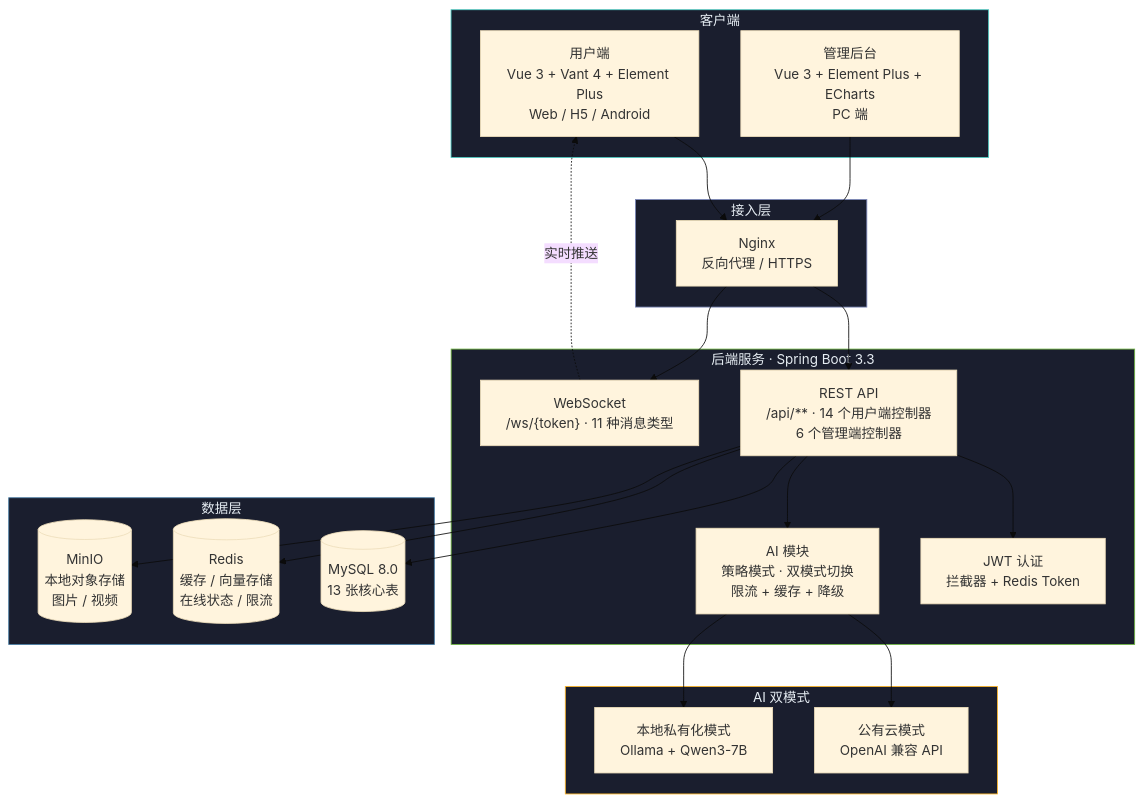
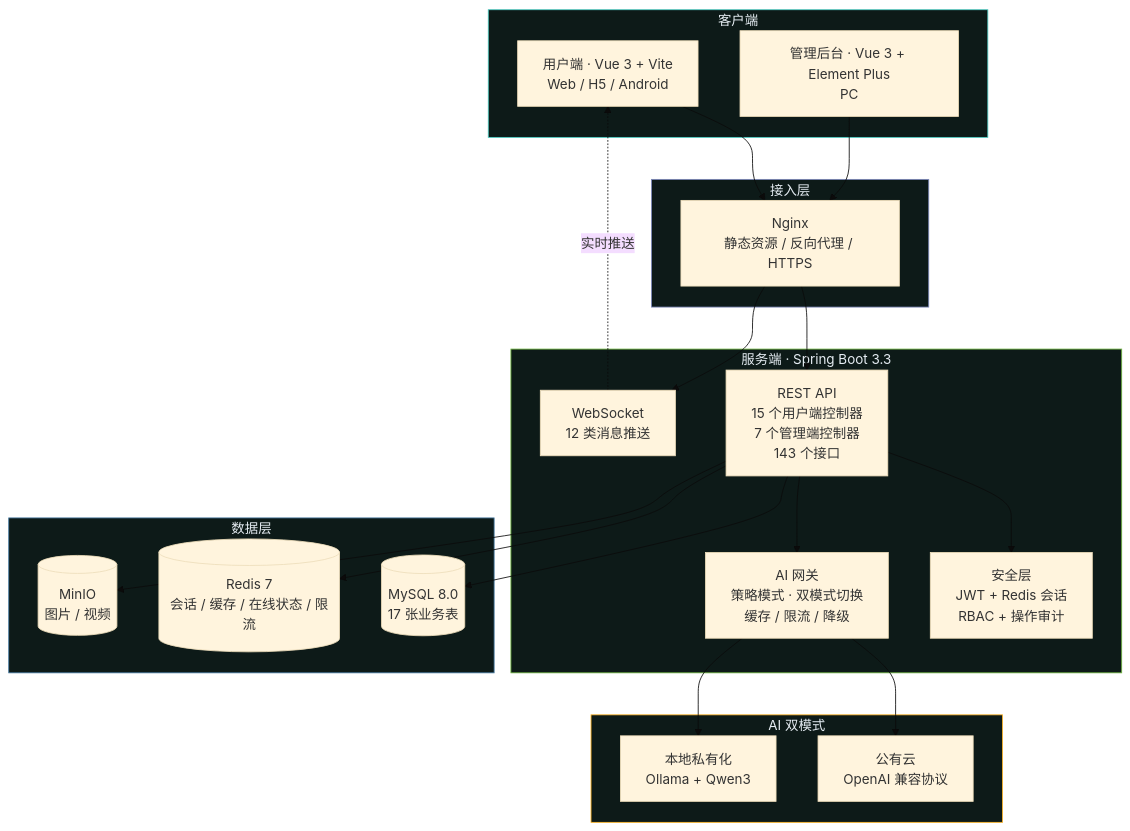
Before and after one commit to JohnvenTom/Minthive: the diagram in README.md, drawn with Mermaid (base theme). The commit also changed other lines of this file and 24 other files, not shown here.

First line of the commit message:
chore: 品牌重命名为 MintHive，重写 README 并补充真实运行截图 (#123)

````diff
--- a/README.md
+++ b/README.md
@@ -112,48 +342,48 @@
 ```mermaid
 flowchart TB
     subgraph CLIENT["客户端"]
-        USER["用户端<br/>Vue 3 + Vant 4 + Element Plus<br/>Web / H5 / Android"]
-        ADMIN["管理后台<br/>Vue 3 + Element Plus + ECharts<br/>PC 端"]
+        USER["用户端 · Vue 3 + Vite<br/>Web / H5 / Android"]
+        ADMIN["管理后台 · Vue 3 + Element Plus<br/>PC"]
     end
 
     subgraph GATEWAY["接入层"]
-        NGINX["Nginx<br/>反向代理 / HTTPS"]
+        NGINX["Nginx<br/>静态资源 / 反向代理 / HTTPS"]
     end
 
-    subgraph BACKEND["后端服务 · Spring Boot 3.3"]
-        API["REST API<br/>/api/** · 14 个用户端控制器<br/>6 个管理端控制器"]
-        WS["WebSocket<br/>/ws/{token} · 11 种消息类型"]
-        AI["AI 模块<br/>策略模式 · 双模式切换<br/>限流 + 缓存 + 降级"]
-        SECURITY["JWT 认证<br/>拦截器 + Redis Token"]
+    subgraph BACKEND["服务端 · Spring Boot 3.3"]
+        API["REST API<br/>15 个用户端控制器<br/>7 个管理端控制器<br/>143 个接口"]
+        WS["WebSocket<br/>12 类消息推送"]
+        AI["AI 网关<br/>策略模式 · 双模式切换<br/>缓存 / 限流 / 降级"]
+        SEC["安全层<br/>JWT + Redis 会话<br/>RBAC + 操作审计"]
     end
 
     subgraph STORAGE["数据层"]
-        MYSQL[("MySQL 8.0<br/>13 张核心表")]
-        REDIS[("Redis<br/>缓存 / 向量存储<br/>在线状态 / 限流")]
-        MINIO[("MinIO<br/>本地对象存储<br/>图片 / 视频")]
+        MYSQL[("MySQL 8.0<br/>17 张业务表")]
+        REDIS[("Redis 7<br/>会话 / 缓存 / 在线状态 / 限流")]
+        MINIO[("MinIO<br/>图片 / 视频")]
     end
 
     subgraph AI_MODE["AI 双模式"]
-        CLOUD["公有云模式<br/>OpenAI 兼容 API"]
-        LOCAL["本地私有化模式<br/>Ollama + Qwen3-7B"]
+        CLOUD["公有云<br/>OpenAI 兼容协议"]
+        LOCAL["本地私有化<br/>Ollama + Qwen3"]
     end
 
     USER --> NGINX
     ADMIN --> NGINX
     NGINX --> API
     NGINX --> WS
-    API --> SECURITY
+    API --> SEC
     API --> AI
     API --> MYSQL
     API --> REDIS
     API --> MINIO
     AI --> CLOUD
     AI --> LOCAL
-    WS -.->|实时推送| USER
+    WS -. 实时推送 .-> USER
 
-    style CLIENT fill:#1a1e2e,stroke:#4ECDC4,color:#e6edf3
-    style GATEWAY fill:#1a1e2e,stroke:#7A86B8,color:#e6edf3
-    style BACKEND fill:#1a1e2e,stroke:#6DB33F,color:#e6edf3
-    style STORAGE fill:#1a1e2e,stroke:#4479A1,color:#e6edf3
-    style AI_MODE fill:#1a1e2e,stroke:#FFB627,color:#e6edf3
+    style CLIENT fill:#0d1a18,stroke:#4ECDC4,color:#e6edf3
+    style GATEWAY fill:#0d1a18,stroke:#7A86B8,color:#e6edf3
+    style BACKEND fill:#0d1a18,stroke:#6DB33F,color:#e6edf3
+    style STORAGE fill:#0d1a18,stroke:#4479A1,color:#e6edf3
+    style AI_MODE fill:#0d1a18,stroke:#FFB627,color:#e6edf3
 ```
````
